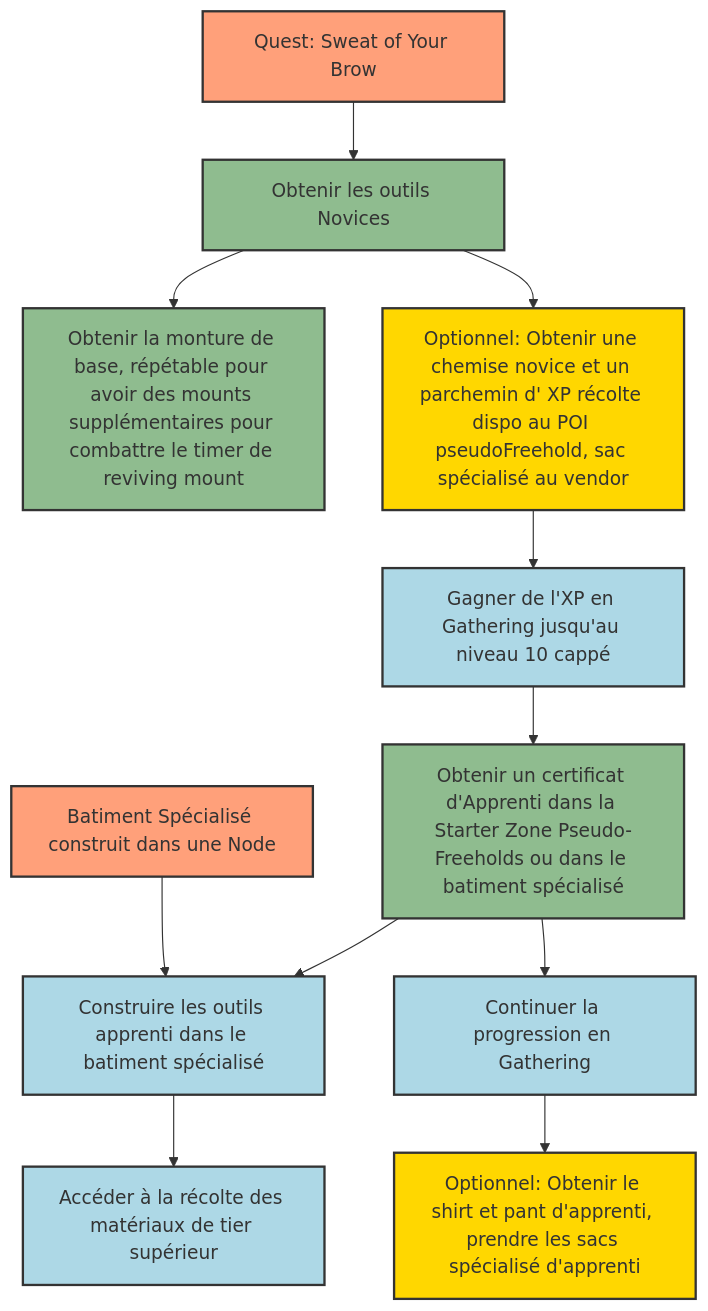
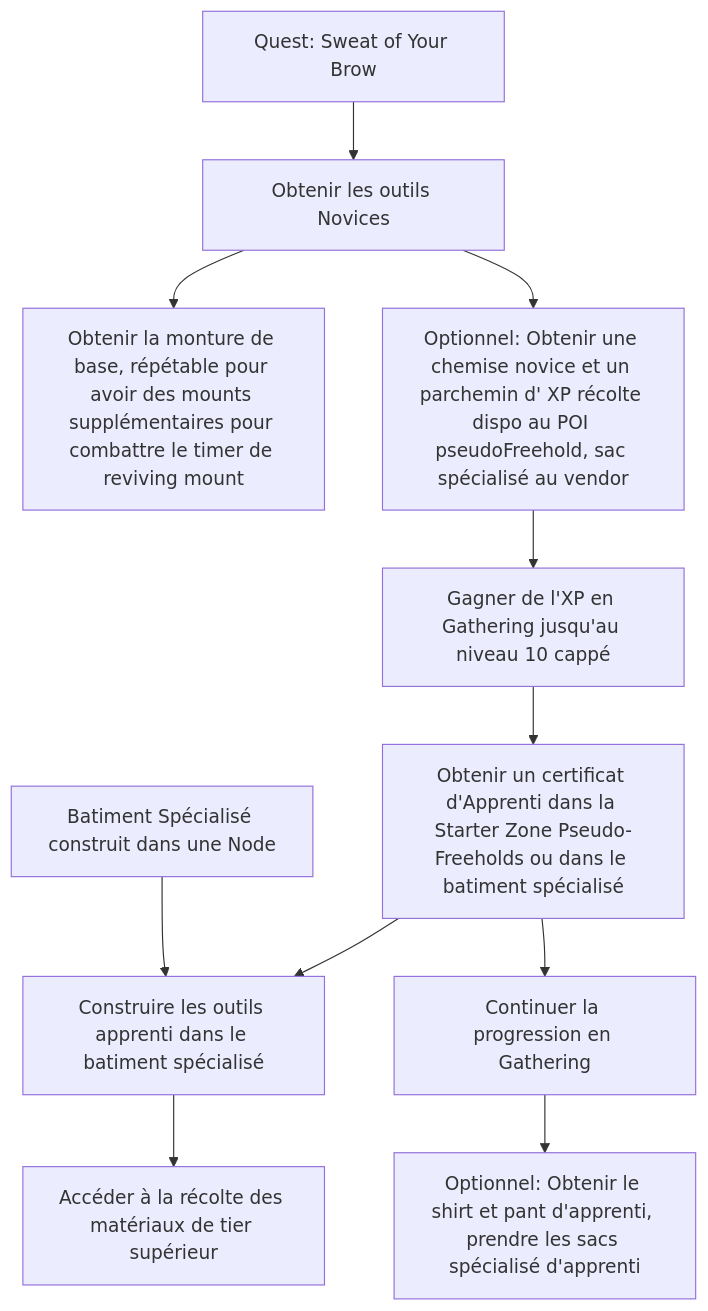
Before and after one commit to Quindan/AOC: the second of 3 diagrams in guideOrganisation.md, drawn with Mermaid.

````diff
--- a/guideOrganisation.md
+++ b/guideOrganisation.md
@@ -205,28 +205,20 @@
 ```mermaid
 graph TD
     Q1[Quest: Sweat of Your Brow] --> T1[Obtenir les outils Novices]
     T1 --> M1[Obtenir la monture de base, répétable pour avoir des mounts supplémentaires pour combattre le timer de reviving mount ]
     T1 --> S1[Optionnel: Obtenir une chemise novice et un parchemin d' XP récolte dispo au POI pseudoFreehold, sac spécialisé au vendor]
     S1 --> G1[Gagner de l'XP en Gathering jusqu'au niveau 10 cappé ]
     G1 --> C1[Obtenir un certificat d'Apprenti dans la Starter Zone Pseudo-Freeholds ou dans le batiment spécialisé]
     Z1[Batiment Spécialisé construit dans une Node]  --> T2[Construire les outils apprenti dans le batiment spécialisé]
     C1 --> T2
     T2 --> G2[Accéder à la récolte des matériaux de tier supérieur]
     C1 --> L1[Continuer la progression en Gathering ]
     L1 --> L2[Optionnel: Obtenir le shirt et pant d'apprenti, prendre les sacs spécialisé d'apprenti]
 
-    %% Styles
-    classDef quest fill:#f9f,stroke:#333,stroke-width:2px;
-    classDef tools fill:#8FBC8F,stroke:#333,stroke-width:2px;
-    classDef optional fill:#FFD700,stroke:#333,stroke-width:2px;
-    classDef xp fill:#ADD8E6,stroke:#333,stroke-width:2px;
-    classDef certificate fill:#FFB6C1,stroke:#333,stroke-width:2px;
-    classDef building fill:#FFA07A,stroke:#333,stroke-width:2px;
-    classDef progression fill:#DAA520,stroke:#333,stroke-width:2px;
 
     class Q1 quest;
     class Q1,T1,M1,C1 tools;
     class S1,L2 optional;
     class G1,T2,G2,L1 xp;
     class Z1,Q1 building;
 ```
````
